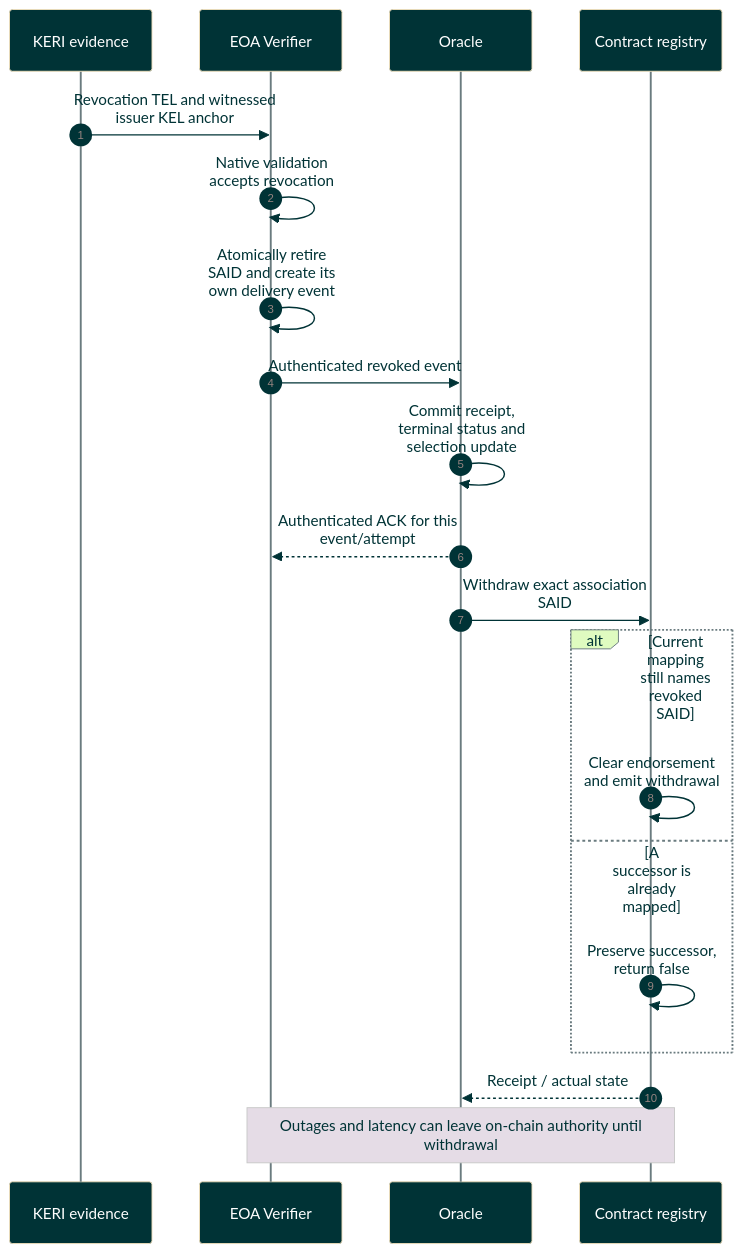
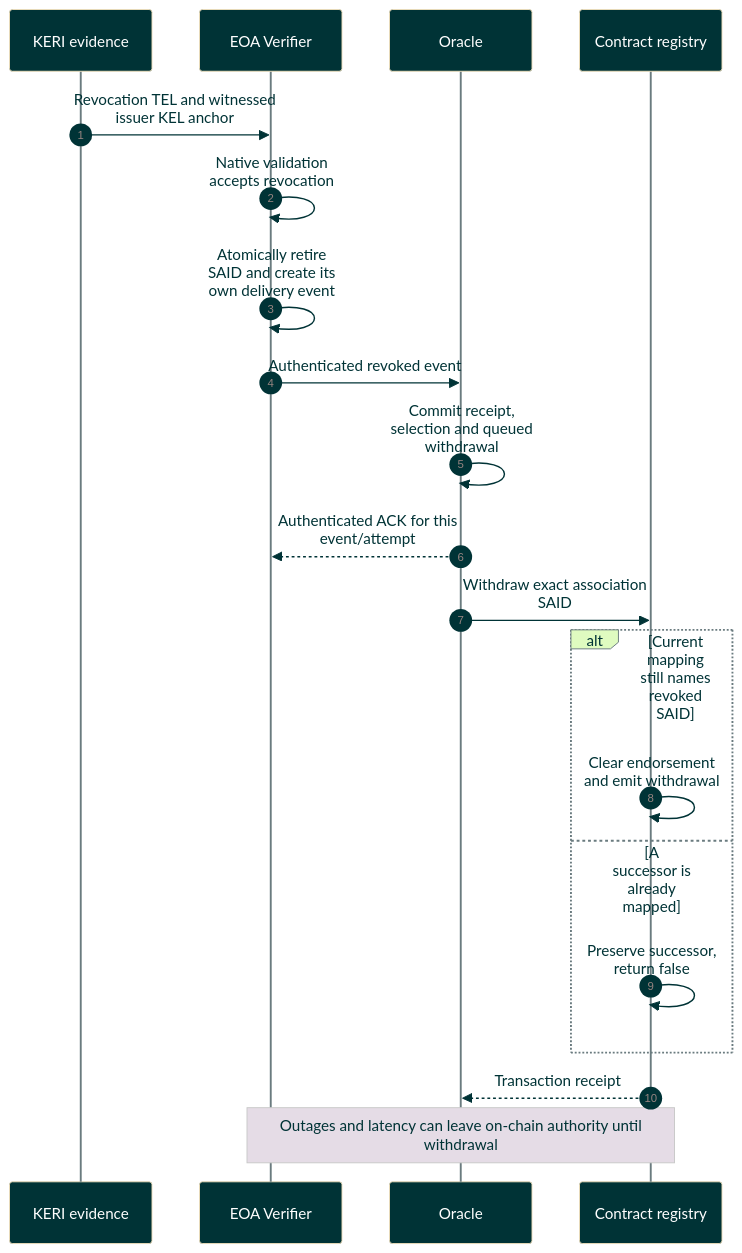
Before and after one commit to GLEIF-IT/vlei-oracle: the diagram in docs/diagrams/sequence/revocation-status-sequence.md, drawn with Mermaid. The commit also changed 25 other files, not shown here.

````diff
--- a/docs/diagrams/sequence/revocation-status-sequence.md
+++ b/docs/diagrams/sequence/revocation-status-sequence.md
@@ -10,23 +10,23 @@
 ```mermaid
 %%{init: {"theme":"base","themeVariables":{"actorBkg":"#003336","actorTextColor":"#FFFFFF","signalColor":"#003336","signalTextColor":"#003336","noteBkgColor":"#E5DCE6","noteTextColor":"#003336","loopTextColor":"#003336","labelTextColor":"#003336","labelBoxBkgColor":"#DFFBC0","labelBoxBorderColor":"#6A7B7F","actorLineColor":"#6A7B7F","lineColor":"#6A7B7F"},"sequence":{"mirrorActors":true,"wrap":true}}}%%
 sequenceDiagram
     autonumber
     participant E as KERI evidence
     participant V as EOA Verifier
     participant O as Oracle
     participant C as Contract registry
     E->>V: Revocation TEL and witnessed issuer KEL anchor
     V->>V: Native validation accepts revocation
     V->>V: Atomically retire SAID and create its own delivery event
     V->>O: Authenticated revoked event
-    O->>O: Commit receipt, terminal status and selection update
+    O->>O: Commit receipt, selection and queued withdrawal
     O-->>V: Authenticated ACK for this event/attempt
     O->>C: Withdraw exact association SAID
     alt Current mapping still names revoked SAID
         C->>C: Clear endorsement and emit withdrawal
     else A successor is already mapped
         C->>C: Preserve successor, return false
     end
-    C-->>O: Receipt / actual state
+    C-->>O: Transaction receipt
     Note over V,C: Outages and latency can leave on-chain authority until withdrawal
 ```
````
